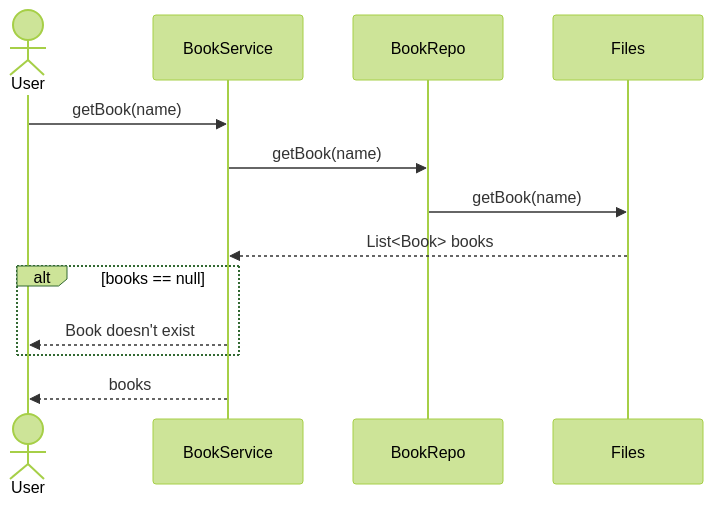
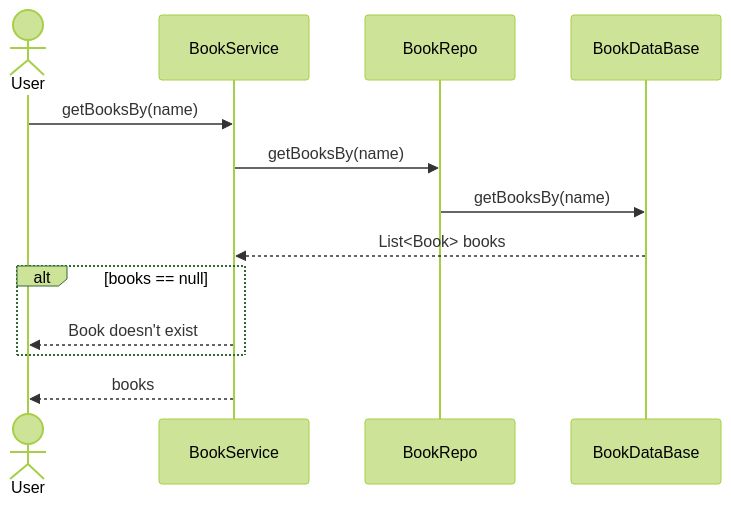
One commit to Apameus/Bookly changed the third of 7 diagrams in docs/high_level_architecture.md. Above: the diagram before and after it, drawn with Mermaid (forest theme). The commit also changed other lines of this file and 1 other file, not shown here.

````diff
--- a/docs/high_level_architecture.md
+++ b/docs/high_level_architecture.md
@@ -31,15 +33,15 @@
 ```mermaid
 sequenceDiagram
     actor U as User
     participant BS as BookService
     participant BR as BookRepo
-    participant F as Files
-    U ->> BS: getBook(name)
-    BS ->> BR: getBook(name)
-    BR ->> F: getBook(name)
-    F  -->> BS: List<Book>  books
+    participant DB as BookDataBase
+    U ->> BS: getBooksBy(name)
+    BS ->> BR: getBooksBy(name)
+    BR ->> DB: getBooksBy(name)
+    DB -->> BS: List<Book>  books
     alt books == null
         BS -->> U: Book doesn't exist
     end
     BS -->> U: books
 ```
````
